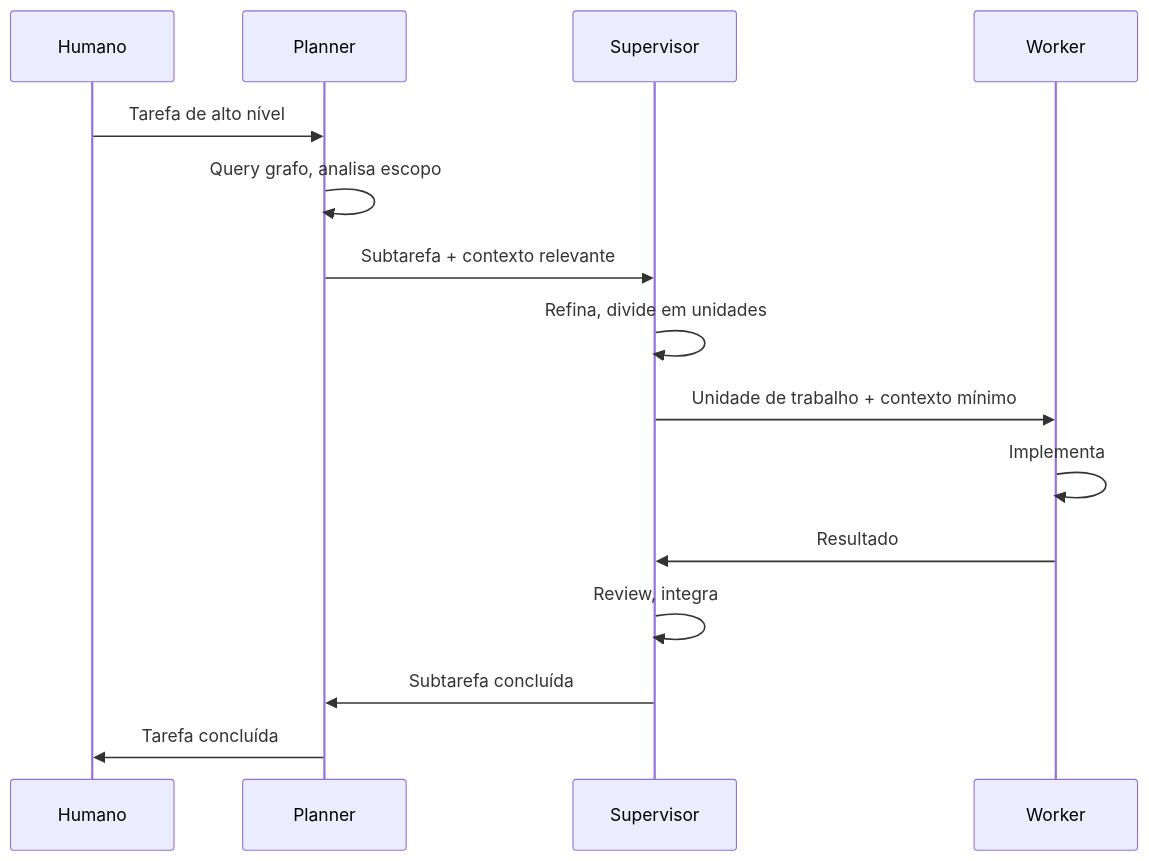
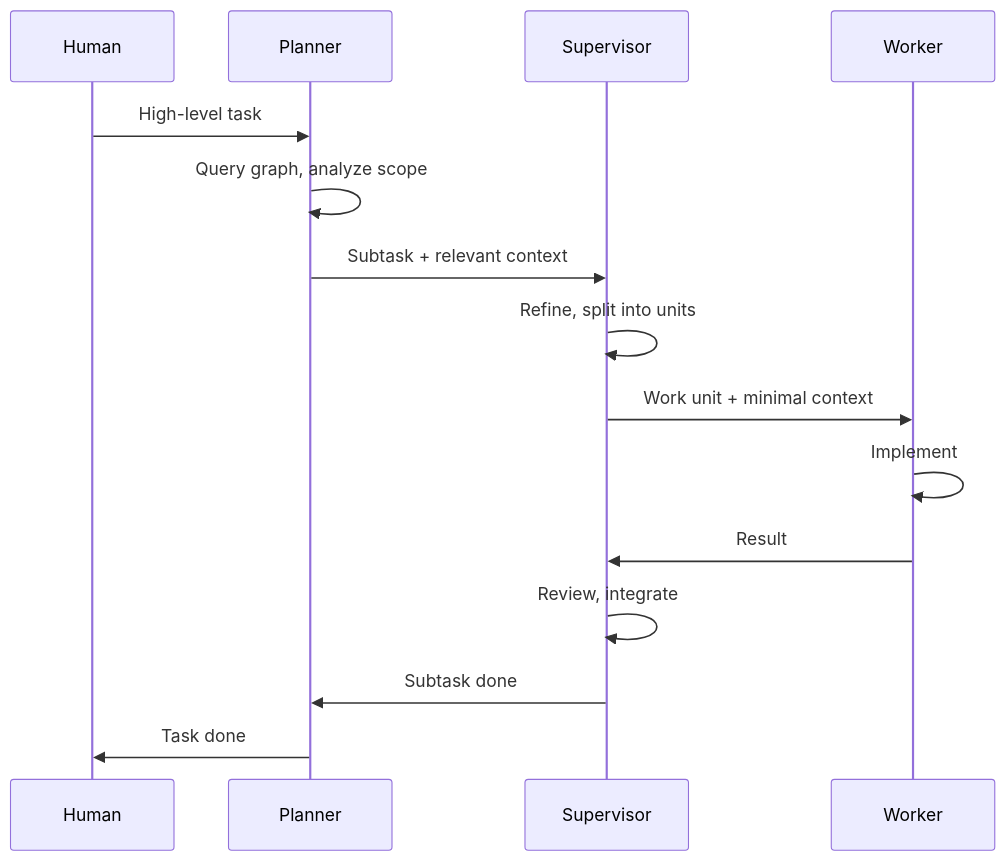
One commit to leonardo-moraes360/toolbelt changed the ninth of 17 diagrams in docs/arquitetura.md. Above: the diagram before and after it, drawn with Mermaid. The commit also changed other lines of this file and 9 other files, not shown here.

````diff
--- a/docs/arquitetura.md
+++ b/docs/arquitetura.md
@@ -615,18 +615,18 @@
 ```mermaid
 sequenceDiagram
-    participant H as Humano
+    participant H as Human
     participant P as Planner
     participant S as Supervisor
     participant W as Worker
 
-    H->>P: Tarefa de alto nível
-    P->>P: Query grafo, analisa escopo
-    P->>S: Subtarefa + contexto relevante
-    S->>S: Refina, divide em unidades
-    S->>W: Unidade de trabalho + contexto mínimo
-    W->>W: Implementa
-    W->>S: Resultado
-    S->>S: Review, integra
-    S->>P: Subtarefa concluída
-    P->>H: Tarefa concluída
+    H->>P: High-level task
+    P->>P: Query graph, analyze scope
+    P->>S: Subtask + relevant context
+    S->>S: Refine, split into units
+    S->>W: Work unit + minimal context
+    W->>W: Implement
+    W->>S: Result
+    S->>S: Review, integrate
+    S->>P: Subtask done
+    P->>H: Task done
 ```
````
